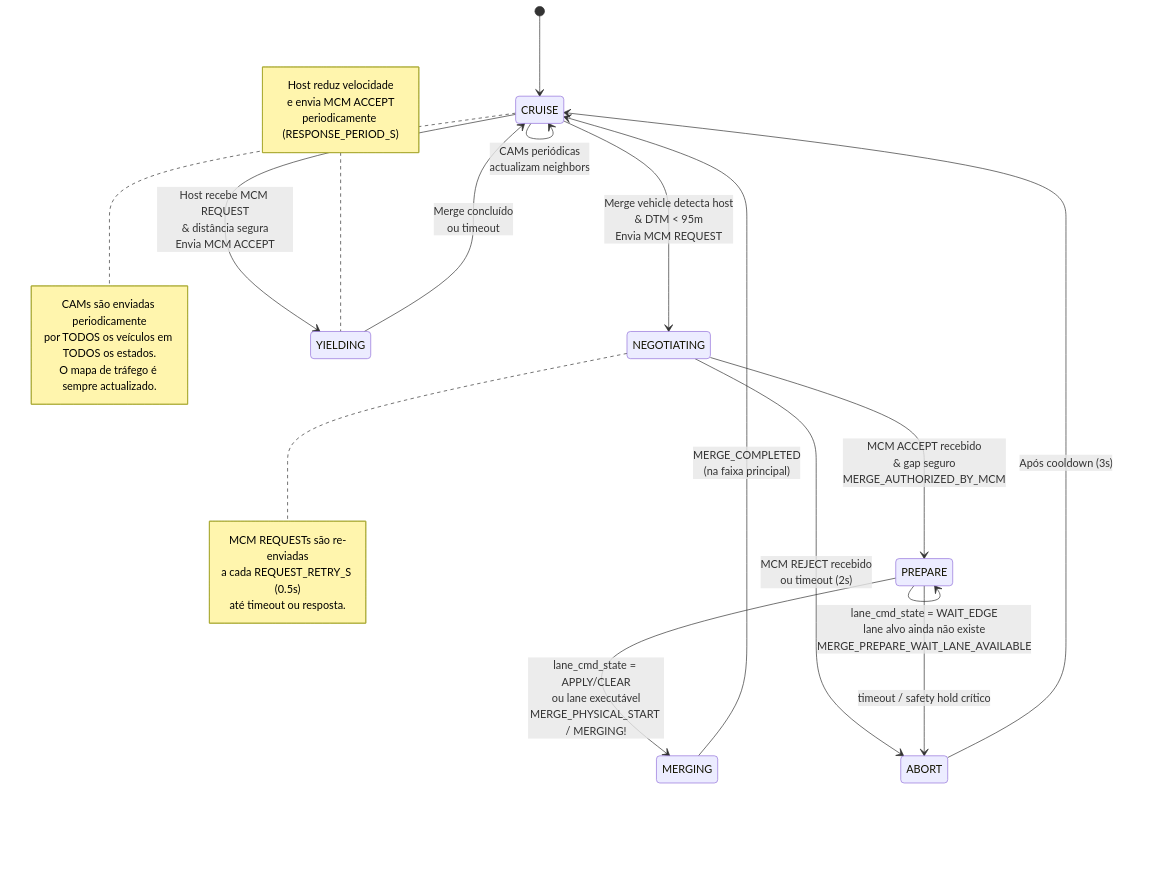
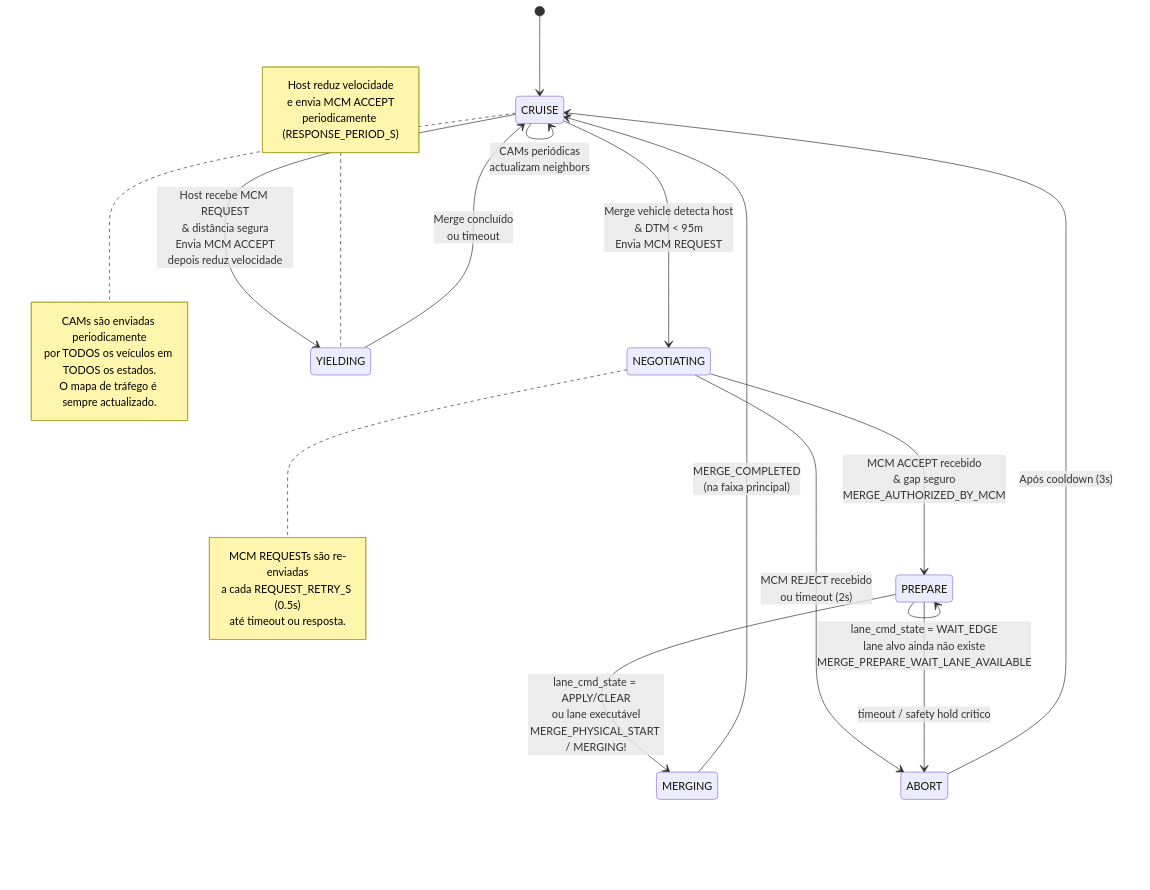
Before and after one commit to BMarujo/RSA: the seventh of 8 diagrams in mcm_cam_diagram.md, drawn with Mermaid. The commit also changed other lines of this file and 14 other files, not shown here.

````diff
--- a/mcm_cam_diagram.md
+++ b/mcm_cam_diagram.md
@@ -221,43 +221,43 @@
 ```mermaid
 stateDiagram-v2
     [*] --> CRUISE
 
     CRUISE --> NEGOTIATING: Merge vehicle detecta host<br/>& DTM < 95m<br/>Envia MCM REQUEST
     
-    CRUISE --> YIELDING: Host recebe MCM REQUEST<br/>& distância segura<br/>Envia MCM ACCEPT
+    CRUISE --> YIELDING: Host recebe MCM REQUEST<br/>& distância segura<br/>Envia MCM ACCEPT<br/>depois reduz velocidade
 
     NEGOTIATING --> PREPARE: MCM ACCEPT recebido<br/>& gap seguro<br/>MERGE_AUTHORIZED_BY_MCM
 
     PREPARE --> PREPARE: lane_cmd_state = WAIT_EDGE<br/>lane alvo ainda não existe<br/>MERGE_PREPARE_WAIT_LANE_AVAILABLE
 
     PREPARE --> MERGING: lane_cmd_state = APPLY/CLEAR<br/>ou lane executável<br/>MERGE_PHYSICAL_START / MERGING!
     
     NEGOTIATING --> ABORT: MCM REJECT recebido<br/>ou timeout (2s)
     PREPARE --> ABORT: timeout / safety hold crítico
     
     YIELDING --> CRUISE: Merge concluído<br/>ou timeout
     
     MERGING --> CRUISE: MERGE_COMPLETED<br/>(na faixa principal)
     
     ABORT --> CRUISE: Após cooldown (3s)
     
     CRUISE --> CRUISE: CAMs periódicas<br/>actualizam neighbors
 
     note right of CRUISE
         CAMs são enviadas periodicamente
         por TODOS os veículos em TODOS os estados.
         O mapa de tráfego é sempre actualizado.
     end note
     
     note right of NEGOTIATING
         MCM REQUESTs são re-enviadas
         a cada REQUEST_RETRY_S (0.5s)
         até timeout ou resposta.
     end note
     
     note left of YIELDING
         Host reduz velocidade
         e envia MCM ACCEPT
         periodicamente (RESPONSE_PERIOD_S)
     end note
 ```
````
